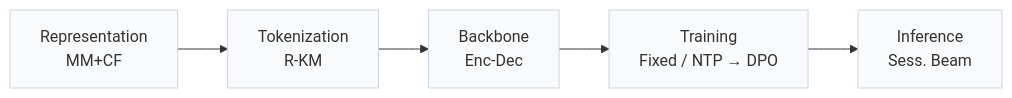
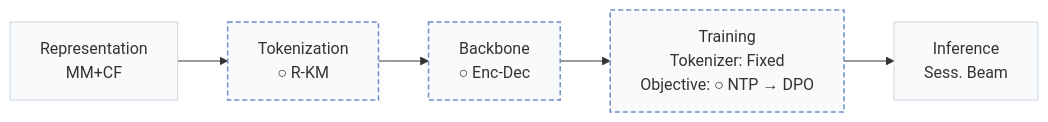
One commit to Galaxy-ghost/Awesome-SID-Generative-Rec changed the first of 3 diagrams in pages/papers/onerec.md. Above: the diagram before and after it, drawn with Mermaid. The commit also changed other lines of this file and 558 other files, not shown here.

````diff
--- a/pages/papers/onerec.md
+++ b/pages/papers/onerec.md
@@ -15,6 +18,8 @@
 ```mermaid
 flowchart LR
-    R["Representation<br/>MM+CF"] --> T["Tokenization<br/>R-KM"] --> B["Backbone<br/>Enc-Dec"] --> TR["Training<br/>Fixed / NTP → DPO"] --> I["Inference<br/>Sess. Beam"]
+    R["Representation<br/>MM+CF"] --> T["Tokenization<br/>○ R-KM"] --> B["Backbone<br/>○ Enc-Dec"] --> TR["Training<br/>Tokenizer: Fixed<br/>Objective: ○ NTP → DPO"] --> I["Inference<br/>Sess. Beam"]
     classDef base fill:#f8fafc,stroke:#cbd5e1
     class R,T,B,TR,I base
+    classDef other fill:#f8fafc,stroke:#6b8fc7,stroke-width:1.5px,stroke-dasharray:5 3
+    class T,B,TR other
 ```
````
